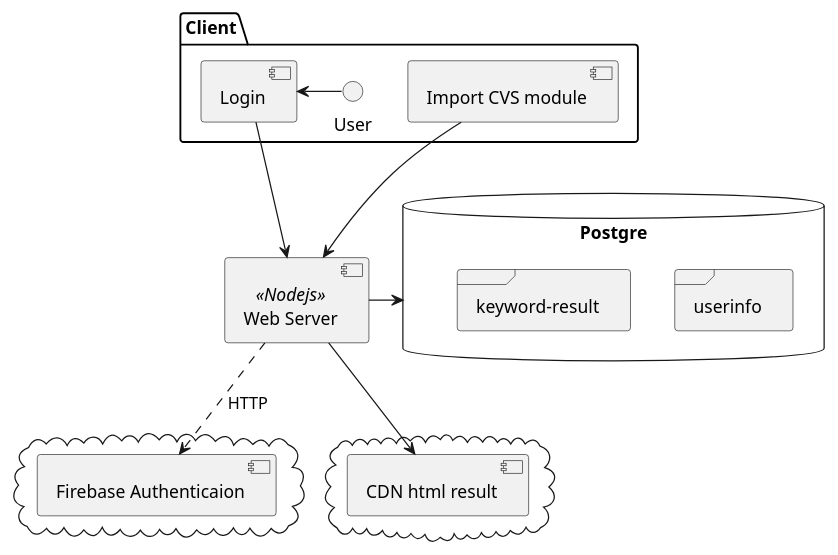
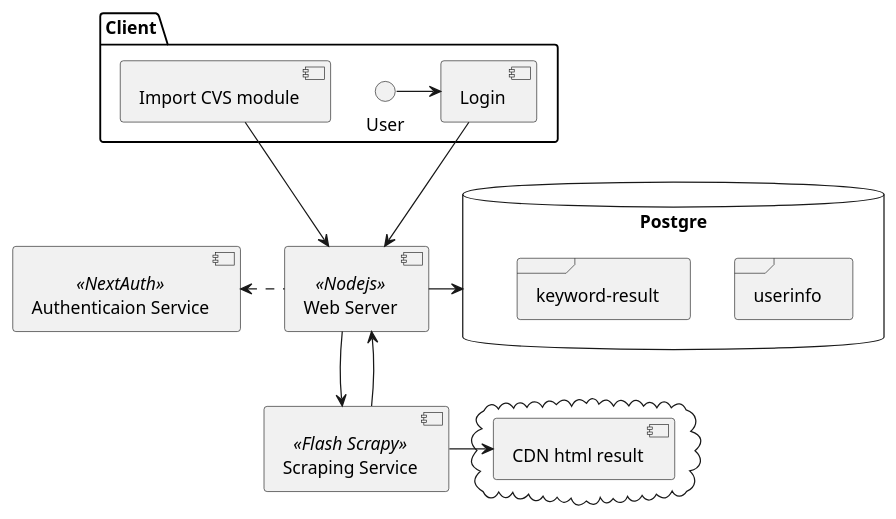
One commit to lqkhanh-it/google-search-scraping changed the diagram in documents/flow.plantuml. Above: the diagram before and after it, drawn with PlantUML. The commit also changed 9 other files, not shown here.

```diff
--- a/documents/flow.plantuml
+++ b/documents/flow.plantuml
@@ -1,31 +1,30 @@
 @startuml
 
 package "Client" {
   User -> [Login]
   [Import CVS module]
 }
 
 cloud {
-  [Firebase Authenticaion]
-}
-
-cloud {
   [CDN html result]
 }
 
+Component "Authenticaion Service" as AS << NextAuth>>
 Component "Web Server" as WS << Nodejs >>
+Component "Scraping Service" as CS << Flash Scrapy >>
 
 database "Postgre" {
   frame "userinfo" 
   frame "keyword-result"
 }
 
-
 [Login] --> WS
-[WS] ..> [Firebase Authenticaion] : HTTP
+[WS] .left.> [AS]
 [Import CVS module] -> [WS]
+[WS] -> [CS]
+[CS] --> [WS]
+[CS] -> [CDN html result]
 [WS] -left-> [Postgre]
-[WS] --> [CDN html result]
 
 
 @enduml
```
